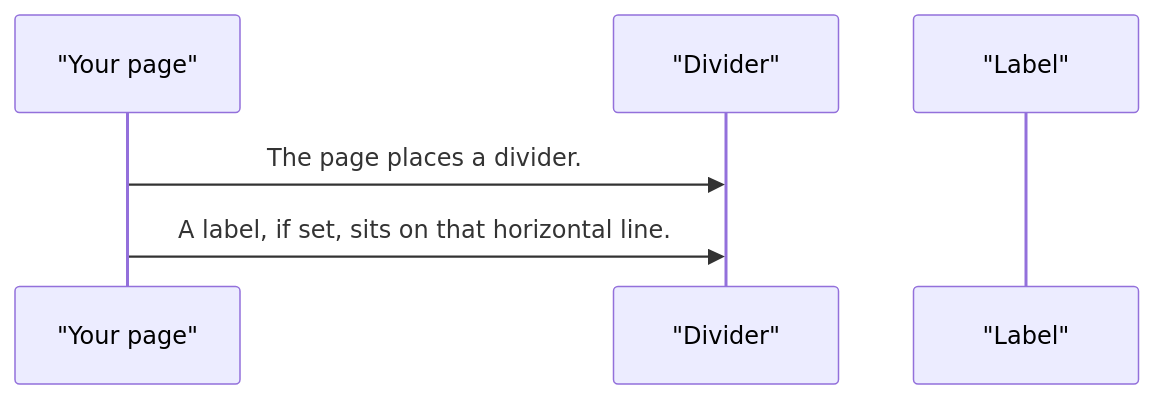
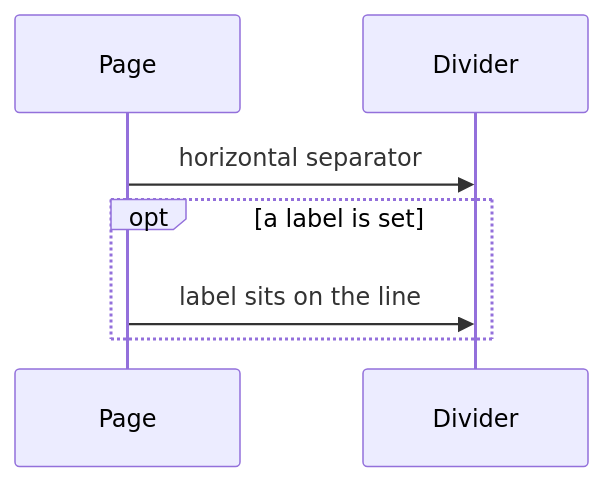
Before and after one commit to RajshekharBorate/pixel-ui: the second of 4 diagrams in projects/pixel-ui/src/lib/pixel-divider/DESIGN.md, drawn with Mermaid. The commit also changed other lines of this file and 73 other files, not shown here.

Commit message:
Explain who owns each value and what each flow does in every component and service design.

````diff
--- a/projects/pixel-ui/src/lib/pixel-divider/DESIGN.md
+++ b/projects/pixel-ui/src/lib/pixel-divider/DESIGN.md
@@ -50,8 +64,9 @@
 ```mermaid
 sequenceDiagram
-  participant page as "Your page"
-  participant line as "Divider"
-  participant label as "Label"
-  page->>line: The page places a divider.
-  page->>line: A label, if set, sits on that horizontal line.
+  participant Page
+  participant Line as Divider
+  Page->>Line: horizontal separator
+  opt a label is set
+    Page->>Line: label sits on the line
+  end
 ```
````
